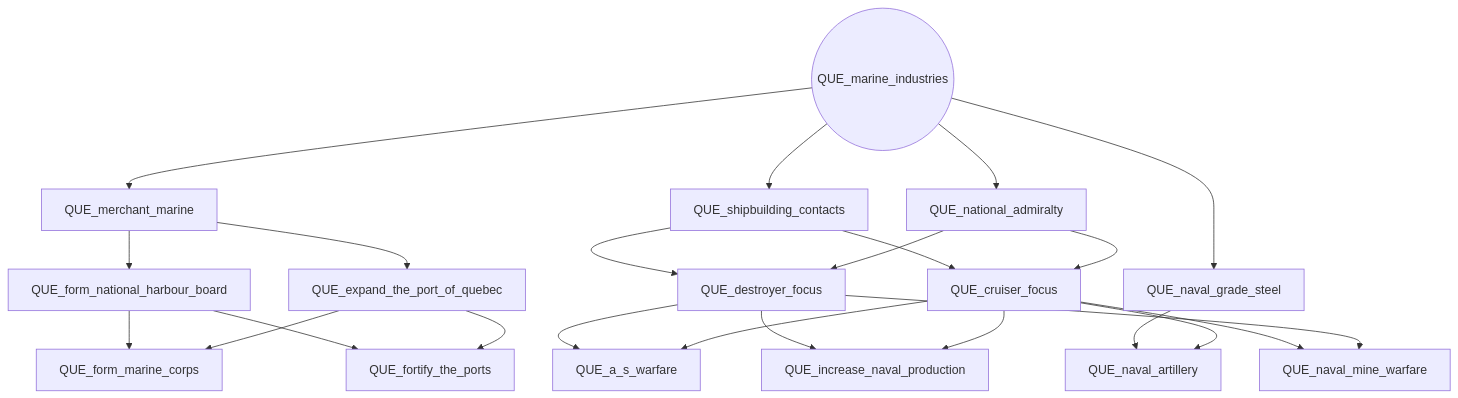
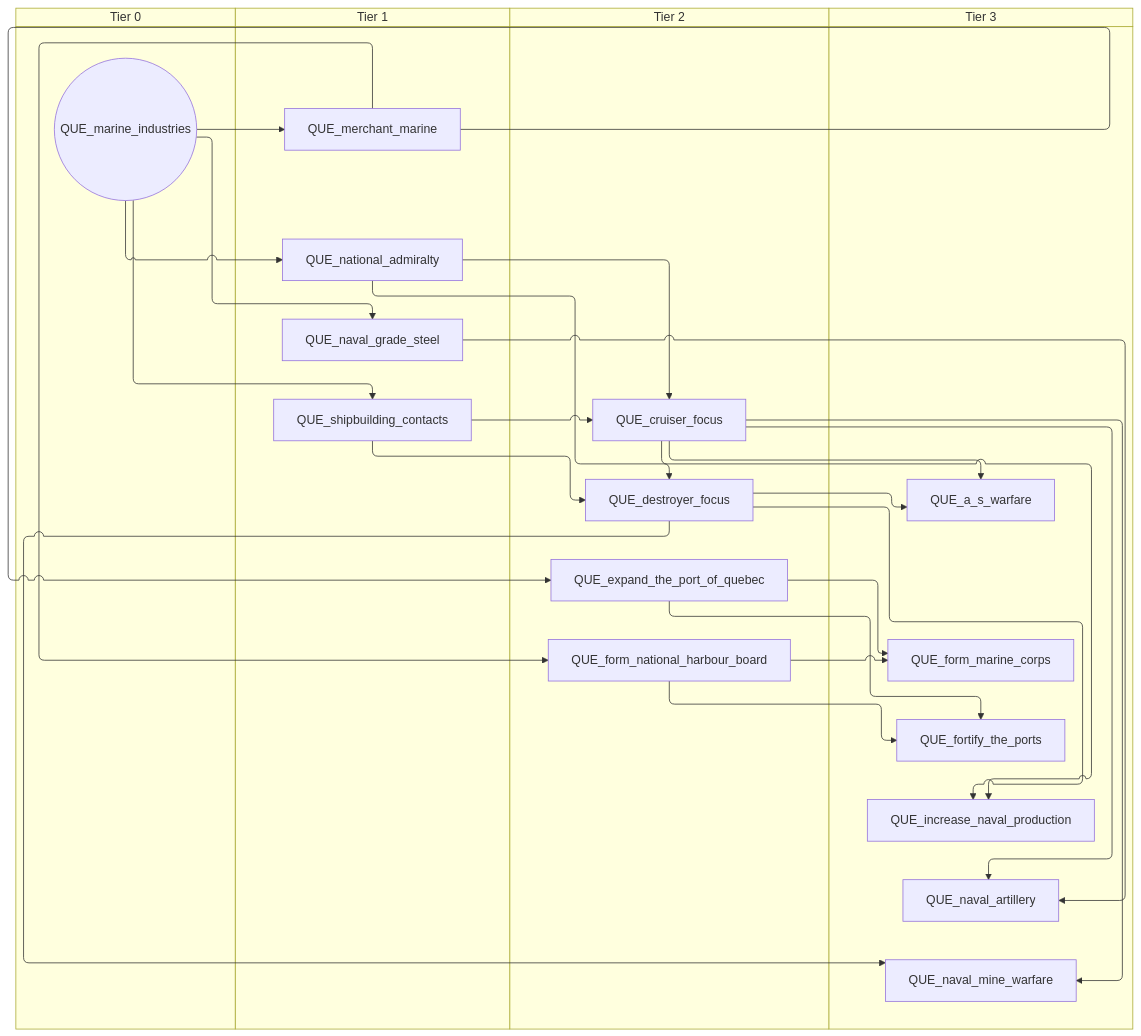
Before and after one commit to evgeny-sobol/hoi4-sandbox-mode-r56: the second of 6 diagrams in docs/gdd/National Focuses/quebec.md, drawn with Mermaid. The commit also changed other lines of this file and 423 other files, not shown here.

First line of the commit message:
Re-export Rt56 focus trees as swimlane diagrams

````diff
--- a/docs/gdd/National Focuses/quebec.md
+++ b/docs/gdd/National Focuses/quebec.md
@@ -94,40 +110,48 @@
 ```mermaid
-flowchart TD
-    n38["QUE_a_s_warfare"]
-    n39["QUE_cruiser_focus"]
-    n40["QUE_destroyer_focus"]
-    n41["QUE_expand_the_port_of_quebec"]
-    n42["QUE_form_marine_corps"]
-    n43["QUE_form_national_harbour_board"]
-    n44["QUE_fortify_the_ports"]
-    n45["QUE_increase_naval_production"]
-    n46(("QUE_marine_industries"))
-    n47["QUE_merchant_marine"]
-    n48["QUE_national_admiralty"]
-    n49["QUE_naval_artillery"]
-    n50["QUE_naval_grade_steel"]
-    n51["QUE_naval_mine_warfare"]
-    n52["QUE_shipbuilding_contacts"]
-    n40 --> n38
-    n39 --> n38
-    n52 --> n39
-    n48 --> n39
-    n52 --> n40
-    n48 --> n40
-    n47 --> n41
-    n43 --> n42
-    n41 --> n42
-    n47 --> n43
-    n43 --> n44
-    n41 --> n44
-    n40 --> n45
+swimlane-beta TD
+    subgraph tier_0["Tier 0"]
+        n38(("QUE_marine_industries"))
+    end
+    subgraph tier_1["Tier 1"]
+        n39["QUE_merchant_marine"]
+        n40["QUE_national_admiralty"]
+        n41["QUE_naval_grade_steel"]
+        n42["QUE_shipbuilding_contacts"]
+    end
+    subgraph tier_2["Tier 2"]
+        n43["QUE_cruiser_focus"]
+        n44["QUE_destroyer_focus"]
+        n45["QUE_expand_the_port_of_quebec"]
+        n46["QUE_form_national_harbour_board"]
+    end
+    subgraph tier_3["Tier 3"]
+        n47["QUE_a_s_warfare"]
+        n48["QUE_form_marine_corps"]
+        n49["QUE_fortify_the_ports"]
+        n50["QUE_increase_naval_production"]
+        n51["QUE_naval_artillery"]
+        n52["QUE_naval_mine_warfare"]
+    end
+    n44 --> n47
+    n43 --> n47
+    n42 --> n43
+    n40 --> n43
+    n42 --> n44
+    n40 --> n44
     n39 --> n45
-    n46 --> n47
     n46 --> n48
-    n50 --> n49
-    n39 --> n49
-    n46 --> n50
-    n39 --> n51
-    n40 --> n51
-    n46 --> n52
+    n45 --> n48
+    n39 --> n46
+    n46 --> n49
+    n45 --> n49
+    n44 --> n50
+    n43 --> n50
+    n38 --> n39
+    n38 --> n40
+    n41 --> n51
+    n43 --> n51
+    n38 --> n41
+    n43 --> n52
+    n44 --> n52
+    n38 --> n42
 ```
````
